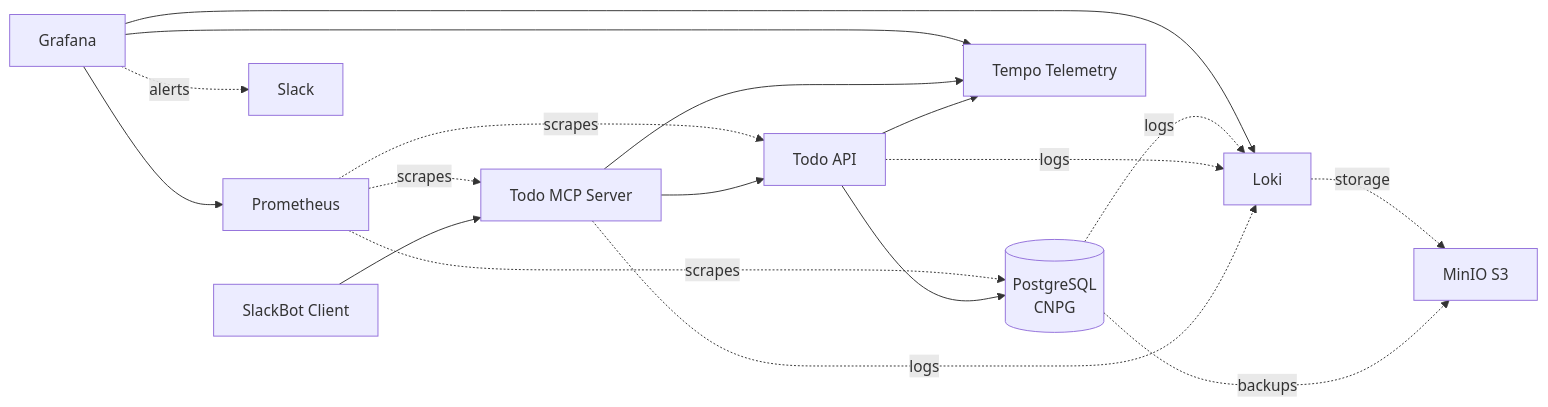
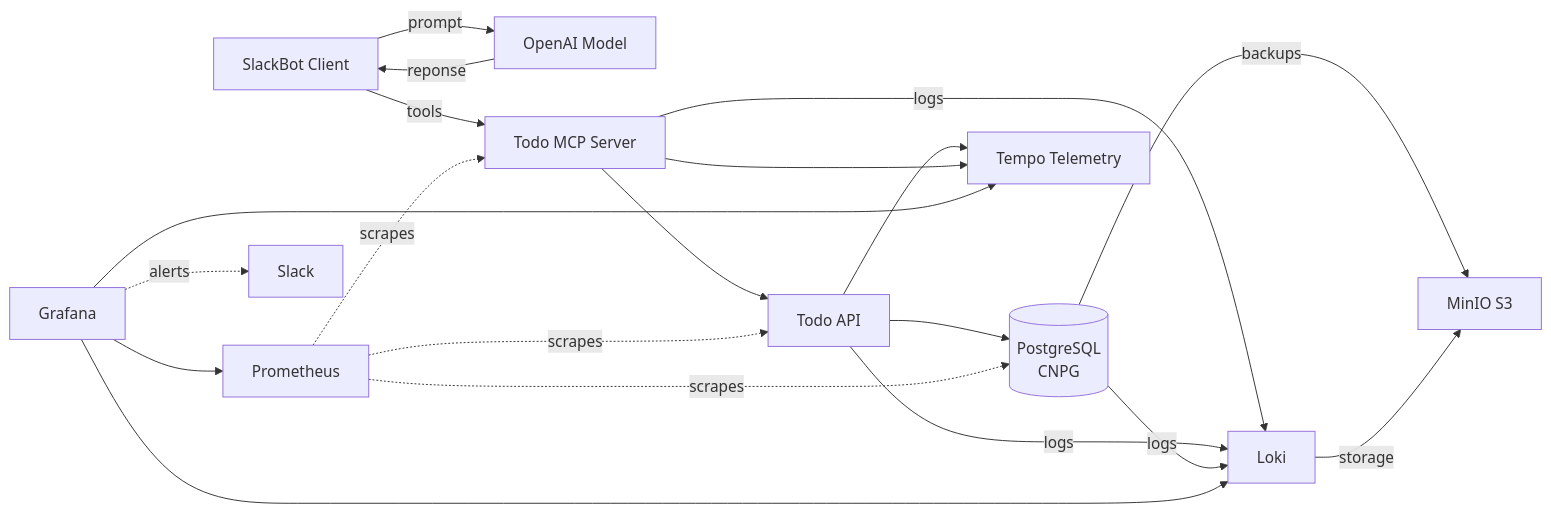
One commit to scottseotech/todo-platform changed the diagram in docs/docs/architecture/overview.md. Above: the diagram before and after it, drawn with Mermaid.

Commit message:
Updating architectural diagram

````diff
--- a/docs/docs/architecture/overview.md
+++ b/docs/docs/architecture/overview.md
@@ -7,20 +7,22 @@
 ```mermaid
 graph LR
-    A[SlackBot Client] --> B[Todo MCP Server]
+    A[SlackBot Client] -- prompt --> K[OpenAI Model]
+    K -- reponse --> A
+    A -->|tools| B[Todo MCP Server]
     B --> C[Todo API]
     C --> D[(PostgreSQL<br/>CNPG)]
-    D -.backups.-> F[MinIO S3]
+    D -->|backups| F[MinIO S3]
     C --> E[Tempo Telemetry]
     B --> E
     G[Prometheus] -.scrapes.-> B
     G -.scrapes.-> C
     G -.scrapes.-> D
     H[Grafana] --> G
     H --> E
     H -.alerts.-> I[Slack]
-    B -.logs.-> J[Loki]
-    C -.logs.-> J
-    D -.logs.-> J
-    J -.storage.-> F
+    B -->|logs| J[Loki]
+    C -->|logs| J
+    D -->|logs| J
+    J -->|storage| F
     H --> J
 ```
````
